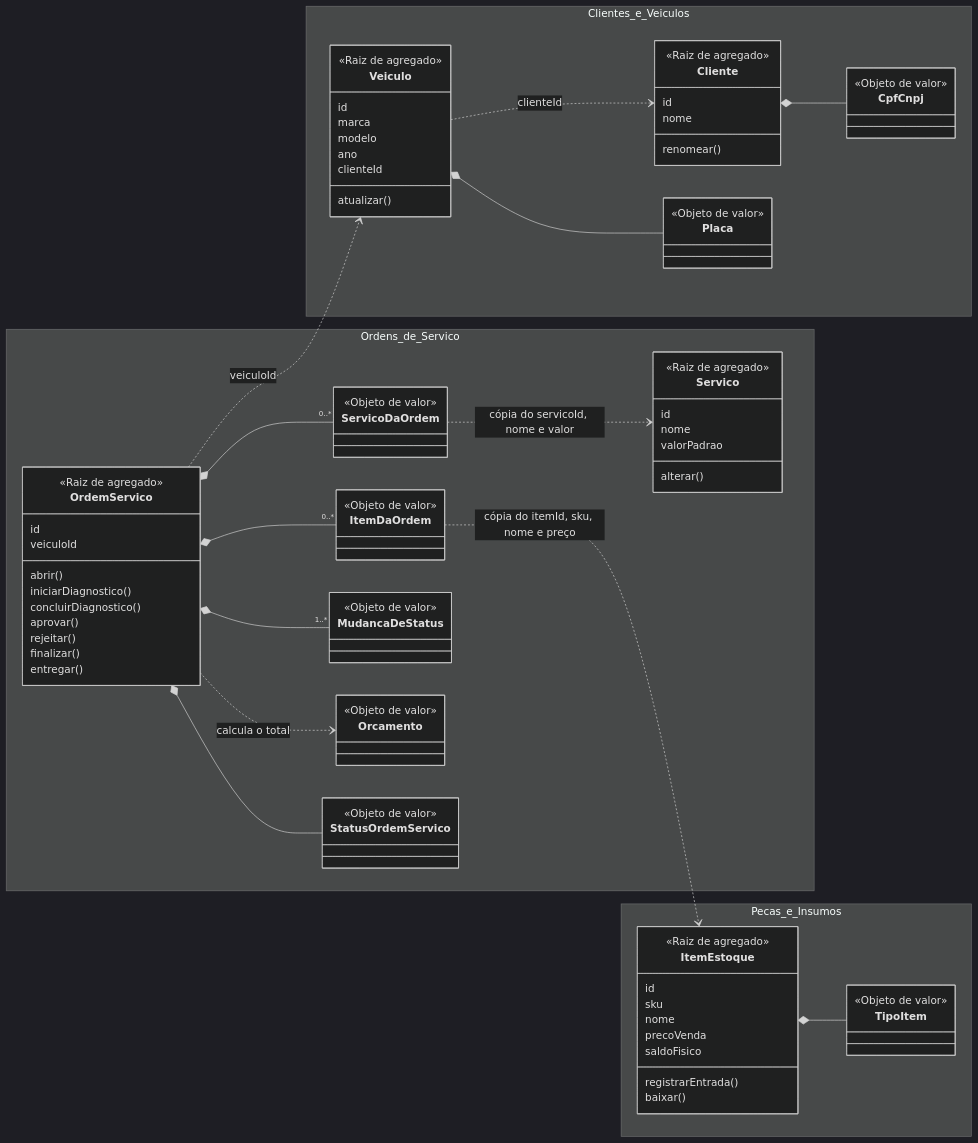
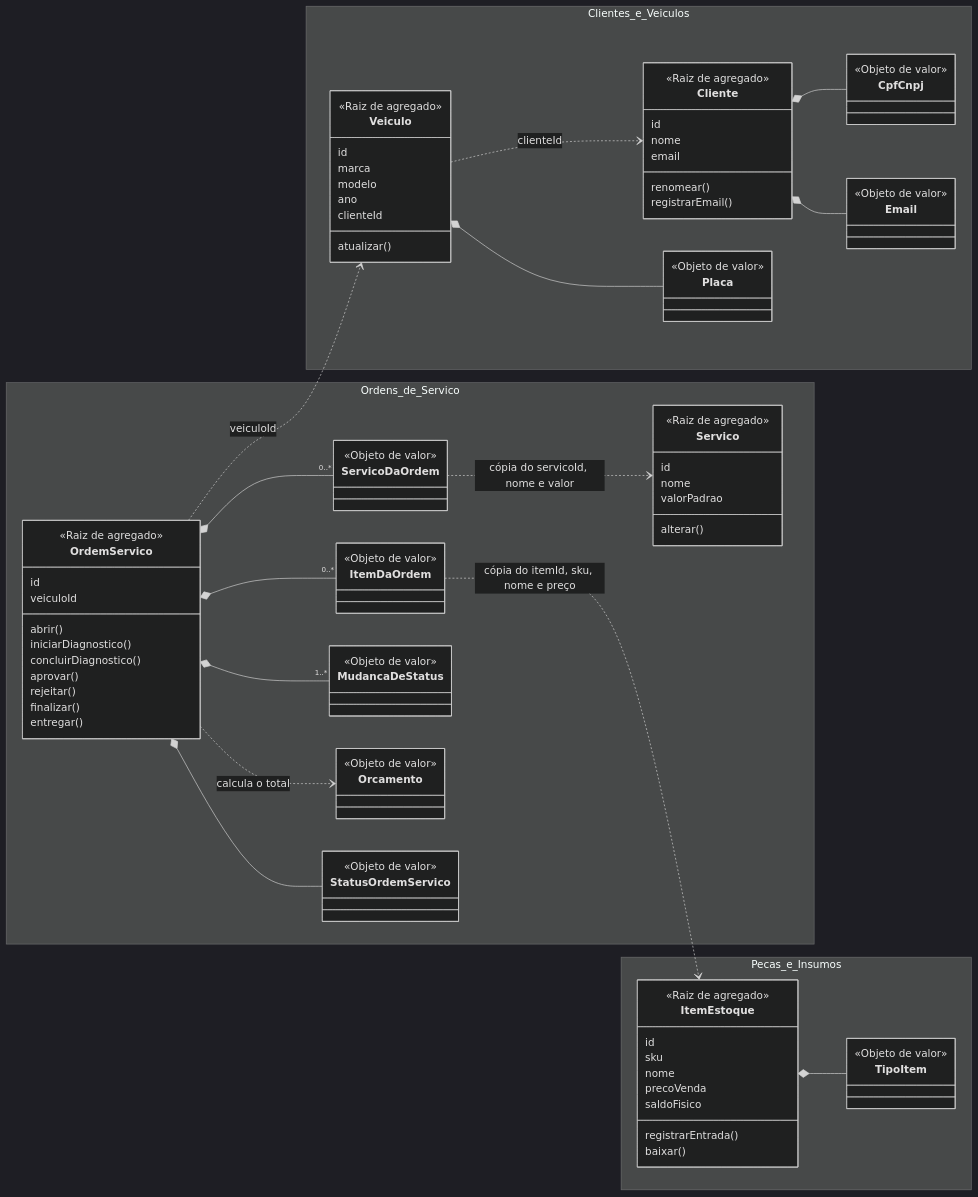
Before and after one commit to raffharah/tech-challenge-oficina: the diagram in docs/ddd/modelo-de-dominio.md, drawn with Mermaid (dark theme). The commit also changed other lines of this file and 9 other files, not shown here.

```diff
--- a/docs/ddd/modelo-de-dominio.md
+++ b/docs/ddd/modelo-de-dominio.md
@@ -21,7 +21,9 @@
       <<Raiz de agregado>>
       id
       nome
+      email
       renomear()
+      registrarEmail()
     }
     class Veiculo {
       <<Raiz de agregado>>
@@ -36,6 +38,9 @@
       <<Objeto de valor>>
     }
     class Placa {
+      <<Objeto de valor>>
+    }
+    class Email {
       <<Objeto de valor>>
     }
   }
@@ -92,6 +97,7 @@
   }
   Cliente *-- CpfCnpj
   Veiculo *-- Placa
+  Cliente *-- Email
   Veiculo ..> Cliente : clienteId
   OrdemServico *-- "0..*" ServicoDaOrdem
   OrdemServico *-- "0..*" ItemDaOrdem
```
